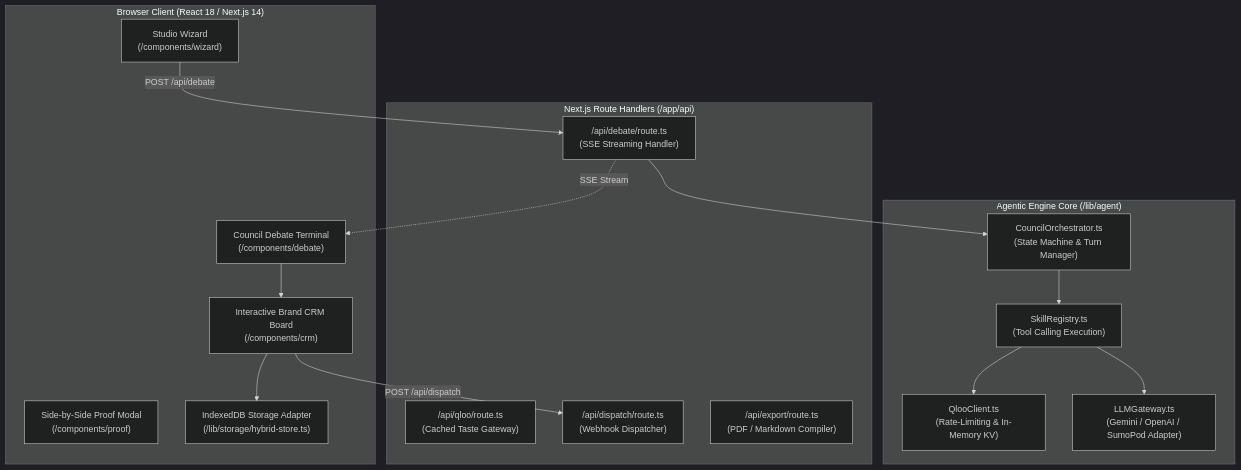
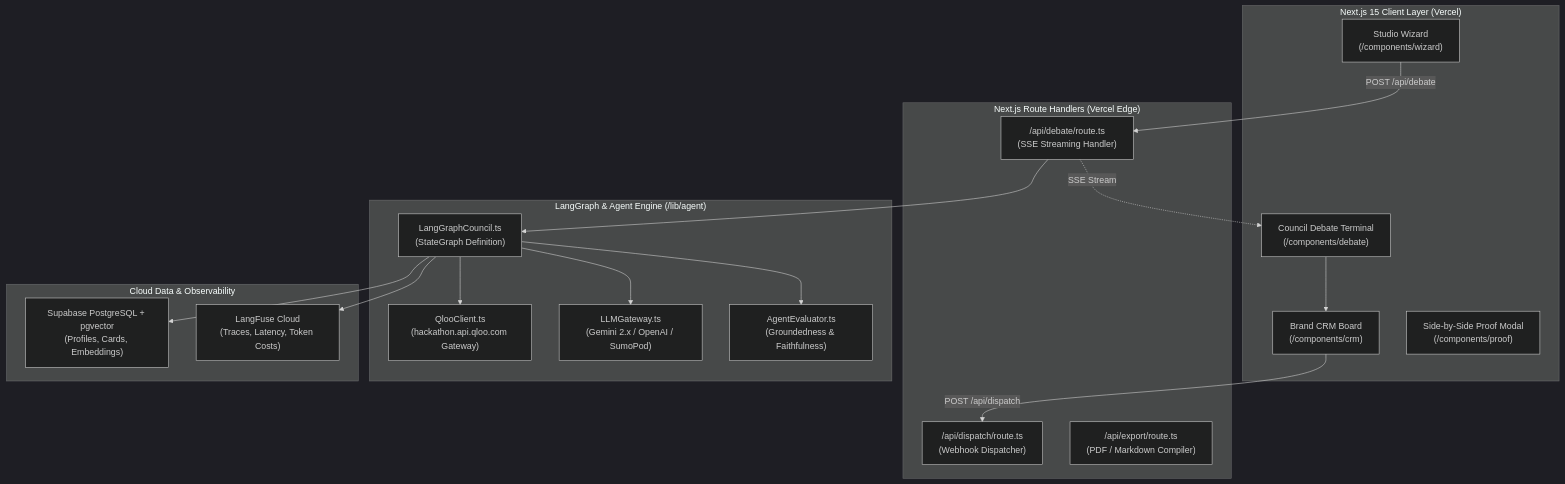
Before and after one commit to masbroustudio/VenturePulse: the third of 3 diagrams in docs/ARCHITECTURE.md, drawn with Mermaid (dark theme). The commit also changed other lines of this file and 4 other files, not shown here.

Commit message:
fix: integrate Supabase pgvector, LangGraph, LangFuse, DeepEval, fix Qloo hackathon gateway URL and dual auth

````diff
--- a/docs/ARCHITECTURE.md
+++ b/docs/ARCHITECTURE.md
@@ -79,34 +102,38 @@
 ```mermaid
 flowchart TD
-    subgraph Browser["Browser Client (React 18 / Next.js 14)"]
-        WizardComponent["Studio Wizard\n(/components/wizard)"]
+    subgraph Client["Next.js 15 Client Layer (Vercel)"]
+        Wizard["Studio Wizard\n(/components/wizard)"]
         DebateStreamView["Council Debate Terminal\n(/components/debate)"]
-        KanbanBoard["Interactive Brand CRM Board\n(/components/crm)"]
+        KanbanBoard["Brand CRM Board\n(/components/crm)"]
         ProofComparison["Side-by-Side Proof Modal\n(/components/proof)"]
-        LocalClientDB["IndexedDB Storage Adapter\n(/lib/storage/hybrid-store.ts)"]
     end
 
-    subgraph API["Next.js Route Handlers (/app/api)"]
+    subgraph ServerlessEdge["Next.js Route Handlers (Vercel Edge)"]
         DebateRoute["/api/debate/route.ts\n(SSE Streaming Handler)"]
-        QlooProxyRoute["/api/qloo/route.ts\n(Cached Taste Gateway)"]
         DispatchRoute["/api/dispatch/route.ts\n(Webhook Dispatcher)"]
         ExportRoute["/api/export/route.ts\n(PDF / Markdown Compiler)"]
     end
 
-    subgraph Core["Agentic Engine Core (/lib/agent)"]
-        CouncilOrchestrator["CouncilOrchestrator.ts\n(State Machine & Turn Manager)"]
-        SkillRegistry["SkillRegistry.ts\n(Tool Calling Execution)"]
-        QlooClientLib["QlooClient.ts\n(Rate-Limiting & In-Memory KV)"]
-        LLMProviderLib["LLMGateway.ts\n(Gemini / OpenAI / SumoPod Adapter)"]
+    subgraph Engine["LangGraph & Agent Engine (/lib/agent)"]
+        GraphOrchestrator["LangGraphCouncil.ts\n(StateGraph Definition)"]
+        QlooClientLib["QlooClient.ts\n(hackathon.api.qloo.com Gateway)"]
+        LLMProviderLib["LLMGateway.ts\n(Gemini 2.x / OpenAI / SumoPod)"]
+        DeepEvalTester["AgentEvaluator.ts\n(Groundedness & Faithfulness)"]
     end
 
-    WizardComponent -->|POST /api/debate| DebateRoute
-    DebateRoute --> CouncilOrchestrator
-    CouncilOrchestrator --> SkillRegistry
-    SkillRegistry --> QlooClientLib
-    SkillRegistry --> LLMProviderLib
+    subgraph DataObservability["Cloud Data & Observability"]
+        SupabaseDB["Supabase PostgreSQL + pgvector\n(Profiles, Cards, Embeddings)"]
+        LangFuseTrace["LangFuse Cloud\n(Traces, Latency, Token Costs)"]
+    end
+
+    Wizard -->|POST /api/debate| DebateRoute
+    DebateRoute --> GraphOrchestrator
+    GraphOrchestrator --> QlooClientLib
+    GraphOrchestrator --> LLMProviderLib
+    GraphOrchestrator --> DeepEvalTester
+    GraphOrchestrator --> SupabaseDB
+    GraphOrchestrator --> LangFuseTrace
     DebateRoute -.->|SSE Stream| DebateStreamView
     DebateStreamView --> KanbanBoard
-    KanbanBoard --> LocalClientDB
     KanbanBoard -->|POST /api/dispatch| DispatchRoute
 ```
````
